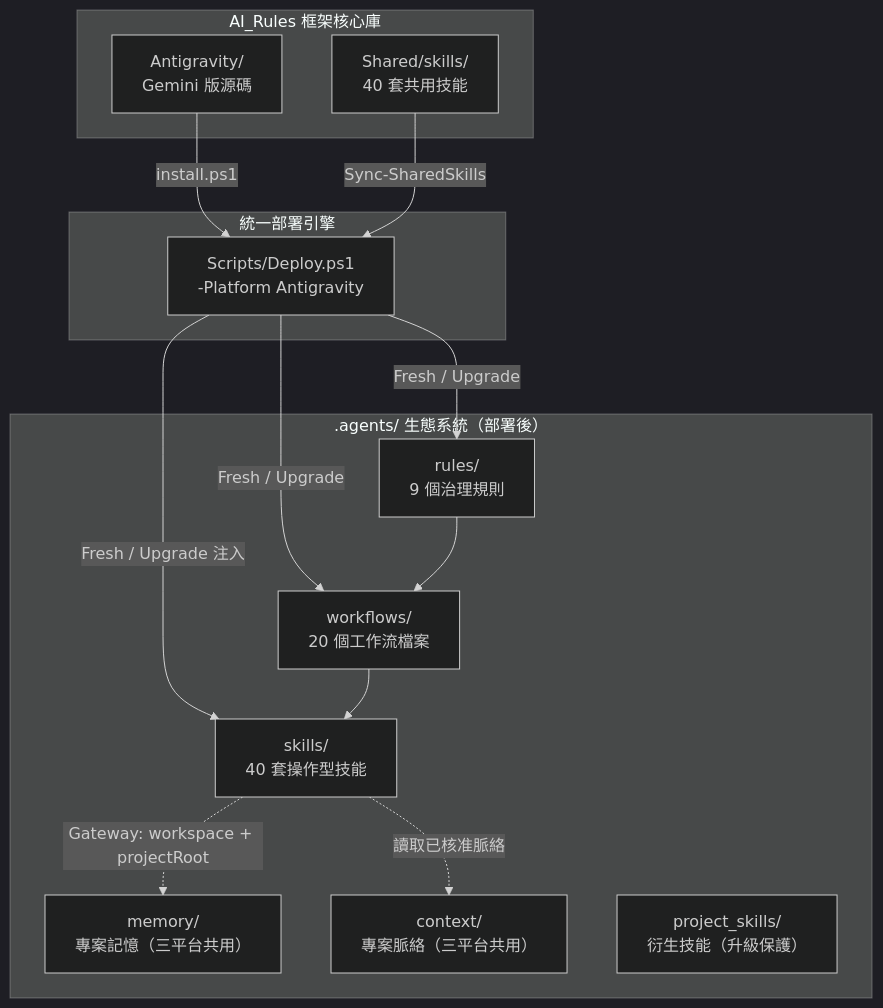
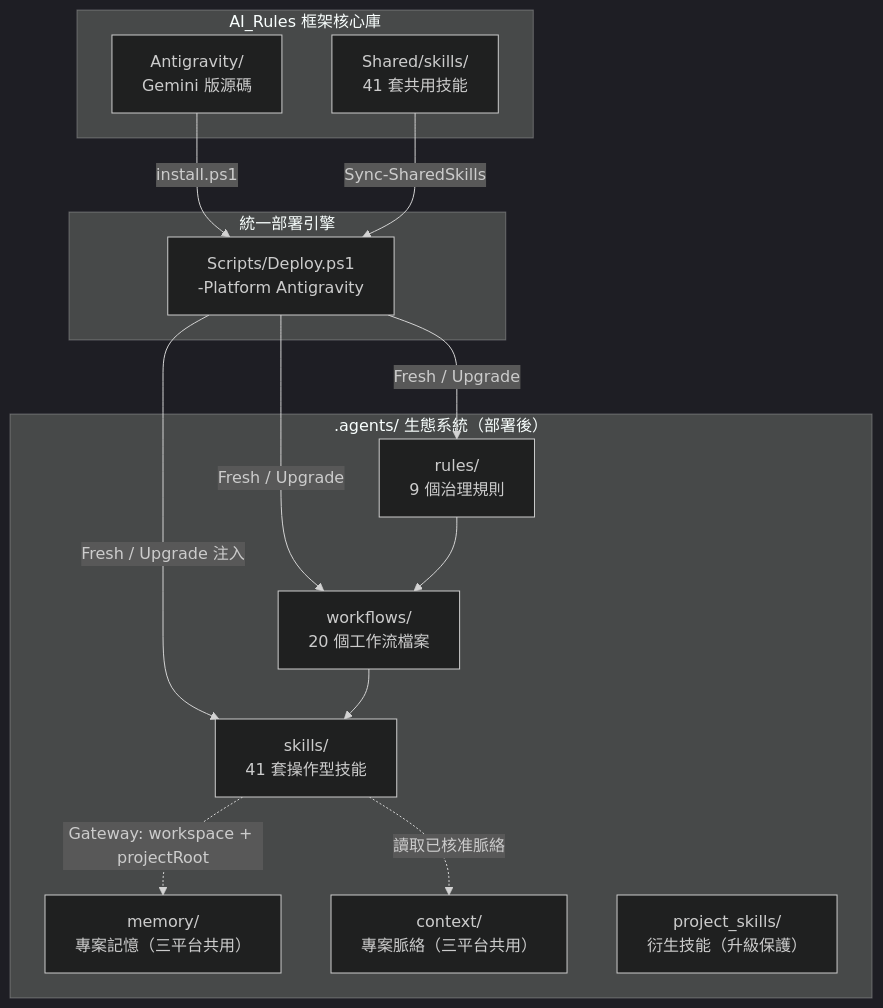
One commit to Kunshao1117/AI_Rules changed the first of 3 diagrams in Antigravity/README.md. Above: the diagram before and after it, drawn with Mermaid (dark theme). The commit also changed other lines of this file and 20 other files, not shown here.

````diff
--- a/Antigravity/README.md
+++ b/Antigravity/README.md
@@ -81,30 +82,30 @@
 ```mermaid
 graph TB
     subgraph "AI_Rules 框架核心庫"
         SRC["Antigravity/<br/>Gemini 版源碼"]
-        SH["Shared/skills/<br/>40 套共用技能"]
+        SH["Shared/skills/<br/>41 套共用技能"]
     end
 
     subgraph "統一部署引擎"
         DEPLOY["Scripts/Deploy.ps1<br/>-Platform Antigravity"]
     end
 
     subgraph ".agents/ 生態系統（部署後）"
         RULES["rules/<br/>9 個治理規則"]
         WF["workflows/<br/>20 個工作流檔案"]
-        SKILLS["skills/<br/>40 套操作型技能"]
+        SKILLS["skills/<br/>41 套操作型技能"]
         MEM["memory/<br/>專案記憶（三平台共用）"]
         CTX["context/<br/>專案脈絡（三平台共用）"]
         PROJ["project_skills/<br/>衍生技能（升級保護）"]
     end
 
     SRC -->|"install.ps1"| DEPLOY
     SH -->|"Sync-SharedSkills"| DEPLOY
     DEPLOY -->|"Fresh / Upgrade"| RULES
     DEPLOY -->|"Fresh / Upgrade"| WF
     DEPLOY -->|"Fresh / Upgrade 注入"| SKILLS
     RULES --> WF
     WF --> SKILLS
     SKILLS -.->|"Gateway: workspace + projectRoot"| MEM
     SKILLS -.->|"讀取已核准脈絡"| CTX
 ```
````
